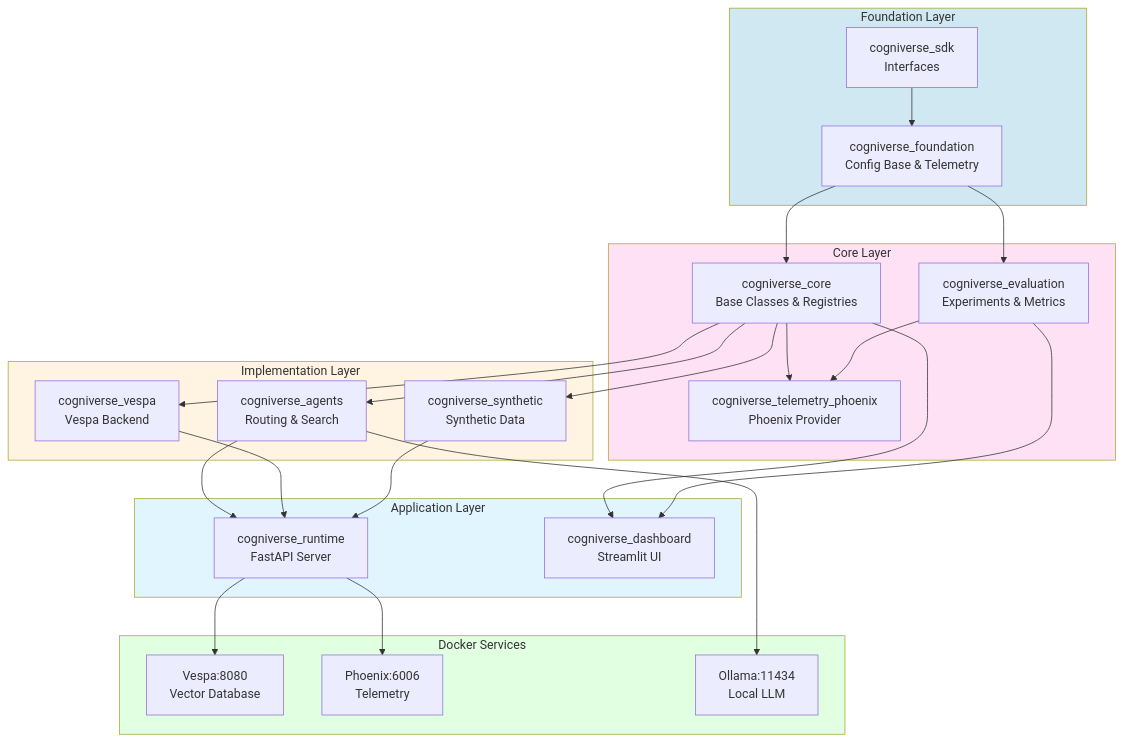
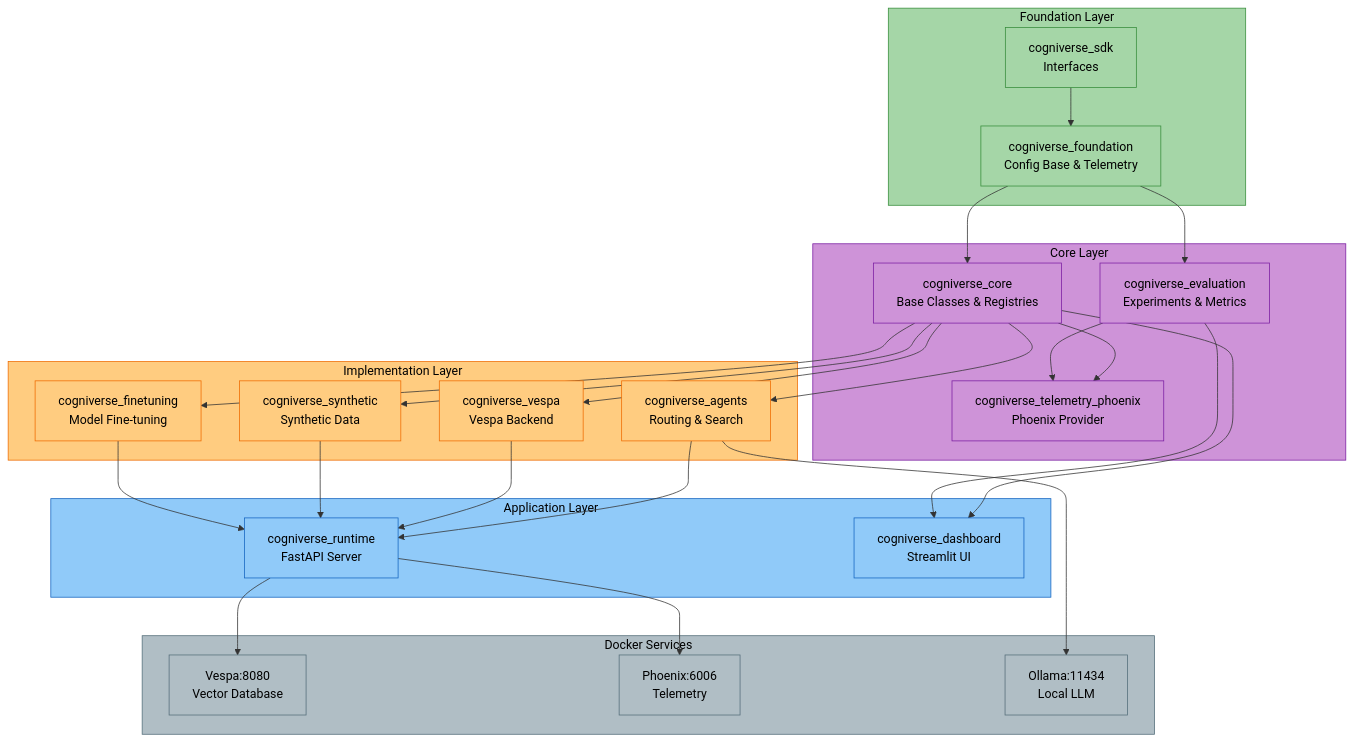
One commit to amit-jain/cogniverse changed the diagram in docs/operations/setup-installation.md. Above: the diagram before and after it, drawn with Mermaid. The commit also changed other lines of this file and 83 other files, not shown here.

First line of the commit message:
Fix documentation veracity, formatting, and diagrams across all modules

````diff
--- a/docs/operations/setup-installation.md
+++ b/docs/operations/setup-installation.md
@@ -189,56 +196,73 @@
 ```mermaid
-graph TB
-    subgraph Foundation[Foundation Layer]
-        SDK[cogniverse_sdk<br/>Interfaces]
-        Foundation_pkg[cogniverse_foundation<br/>Config Base & Telemetry]
+flowchart TB
+    subgraph Foundation["<span style='color:#000'>Foundation Layer</span>"]
+        SDK["<span style='color:#000'>cogniverse_sdk<br/>Interfaces</span>"]
+        Foundation_pkg["<span style='color:#000'>cogniverse_foundation<br/>Config Base & Telemetry</span>"]
     end
 
-    subgraph Core[Core Layer]
-        Core_pkg[cogniverse_core<br/>Base Classes & Registries]
-        Evaluation[cogniverse_evaluation<br/>Experiments & Metrics]
-        TelemetryPhoenix[cogniverse_telemetry_phoenix<br/>Phoenix Provider]
+    subgraph Core["<span style='color:#000'>Core Layer</span>"]
+        Core_pkg["<span style='color:#000'>cogniverse_core<br/>Base Classes & Registries</span>"]
+        Evaluation["<span style='color:#000'>cogniverse_evaluation<br/>Experiments & Metrics</span>"]
+        TelemetryPhoenix["<span style='color:#000'>cogniverse_telemetry_phoenix<br/>Phoenix Provider</span>"]
     end
 
-    subgraph Implementation[Implementation Layer]
-        Agents[cogniverse_agents<br/>Routing & Search]
-        Vespa[cogniverse_vespa<br/>Vespa Backend]
-        Synthetic[cogniverse_synthetic<br/>Synthetic Data]
+    subgraph Implementation["<span style='color:#000'>Implementation Layer</span>"]
+        Agents["<span style='color:#000'>cogniverse_agents<br/>Routing & Search</span>"]
+        Vespa["<span style='color:#000'>cogniverse_vespa<br/>Vespa Backend</span>"]
+        Synthetic["<span style='color:#000'>cogniverse_synthetic<br/>Synthetic Data</span>"]
+        Finetuning["<span style='color:#000'>cogniverse_finetuning<br/>Model Fine-tuning</span>"]
     end
 
-    subgraph Application[Application Layer]
-        Runtime[cogniverse_runtime<br/>FastAPI Server]
-        Dashboard[cogniverse_dashboard<br/>Streamlit UI]
+    subgraph Application["<span style='color:#000'>Application Layer</span>"]
+        Runtime["<span style='color:#000'>cogniverse_runtime<br/>FastAPI Server</span>"]
+        Dashboard["<span style='color:#000'>cogniverse_dashboard<br/>Streamlit UI</span>"]
     end
 
-    subgraph Services[Docker Services]
-        VespaDB[Vespa:8080<br/>Vector Database]
-        PhoenixSvc[Phoenix:6006<br/>Telemetry]
-        Ollama[Ollama:11434<br/>Local LLM]
+    subgraph Services["<span style='color:#000'>Docker Services</span>"]
+        VespaDB["<span style='color:#000'>Vespa:8080<br/>Vector Database</span>"]
+        PhoenixSvc["<span style='color:#000'>Phoenix:6006<br/>Telemetry</span>"]
+        Ollama["<span style='color:#000'>Ollama:11434<br/>Local LLM</span>"]
     end
 
     SDK --> Foundation_pkg
     Foundation_pkg --> Core_pkg
     Foundation_pkg --> Evaluation
     Core_pkg --> TelemetryPhoenix
     Evaluation --> TelemetryPhoenix
 
     Core_pkg --> Agents
     Core_pkg --> Vespa
     Core_pkg --> Synthetic
+    Core_pkg --> Finetuning
 
     Agents --> Runtime
     Vespa --> Runtime
     Synthetic --> Runtime
+    Finetuning --> Runtime
     Core_pkg --> Dashboard
     Evaluation --> Dashboard
 
     Runtime --> VespaDB
     Runtime --> PhoenixSvc
     Agents --> Ollama
 
-    style Foundation fill:#d0e8f2
-    style Core fill:#ffe1f5
-    style Implementation fill:#fff4e1
-    style Application fill:#e1f5ff
-    style Services fill:#e1ffe1
+    style Foundation fill:#a5d6a7,stroke:#388e3c,color:#000
+    style Core fill:#ce93d8,stroke:#7b1fa2,color:#000
+    style Implementation fill:#ffcc80,stroke:#ef6c00,color:#000
+    style Application fill:#90caf9,stroke:#1565c0,color:#000
+    style Services fill:#b0bec5,stroke:#546e7a,color:#000
+    style SDK fill:#a5d6a7,stroke:#388e3c,color:#000
+    style Foundation_pkg fill:#a5d6a7,stroke:#388e3c,color:#000
+    style Core_pkg fill:#ce93d8,stroke:#7b1fa2,color:#000
+    style Evaluation fill:#ce93d8,stroke:#7b1fa2,color:#000
+    style TelemetryPhoenix fill:#ce93d8,stroke:#7b1fa2,color:#000
+    style Agents fill:#ffcc80,stroke:#ef6c00,color:#000
+    style Vespa fill:#ffcc80,stroke:#ef6c00,color:#000
+    style Synthetic fill:#ffcc80,stroke:#ef6c00,color:#000
+    style Finetuning fill:#ffcc80,stroke:#ef6c00,color:#000
+    style Runtime fill:#90caf9,stroke:#1565c0,color:#000
+    style Dashboard fill:#90caf9,stroke:#1565c0,color:#000
+    style VespaDB fill:#b0bec5,stroke:#546e7a,color:#000
+    style PhoenixSvc fill:#b0bec5,stroke:#546e7a,color:#000
+    style Ollama fill:#b0bec5,stroke:#546e7a,color:#000
 ```
````
